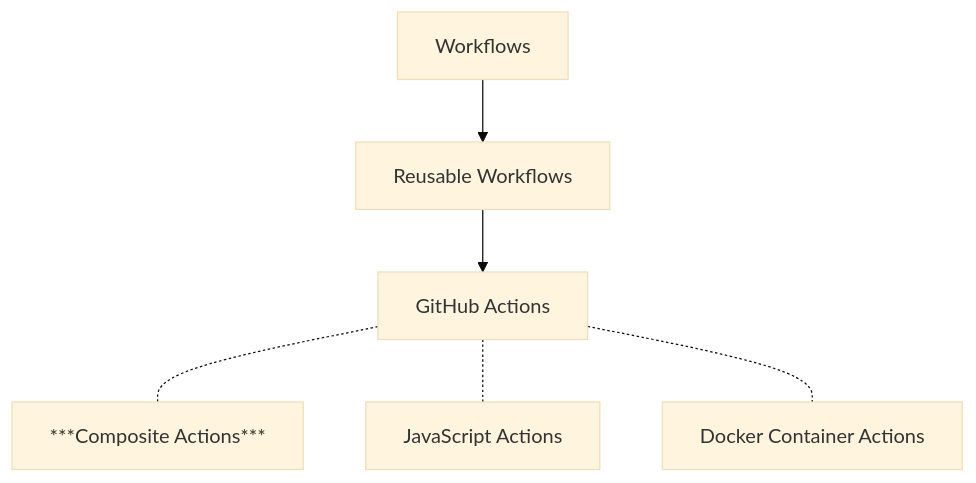
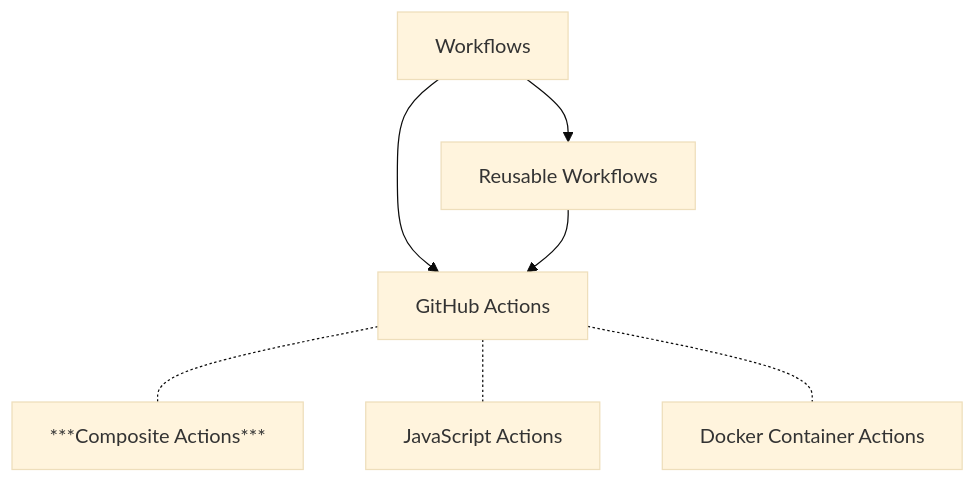
The diagram in README.md (devantler-tech/workflows), drawn with Mermaid (base theme) before and after one commit.

Commit message:
fix: add missing connection in workflow diagram in README

````diff
--- a/README.md
+++ b/README.md
@@ -10,8 +10,9 @@
 ```mermaid
 graph TD
   A[Workflows] --> B[Reusable Workflows]
+  A --> C
   B --> C[GitHub Actions]
   C -.- D[***Composite Actions***]
   C -.- E[JavaScript Actions]
   C -.- F[Docker Container Actions]
 ```
````
